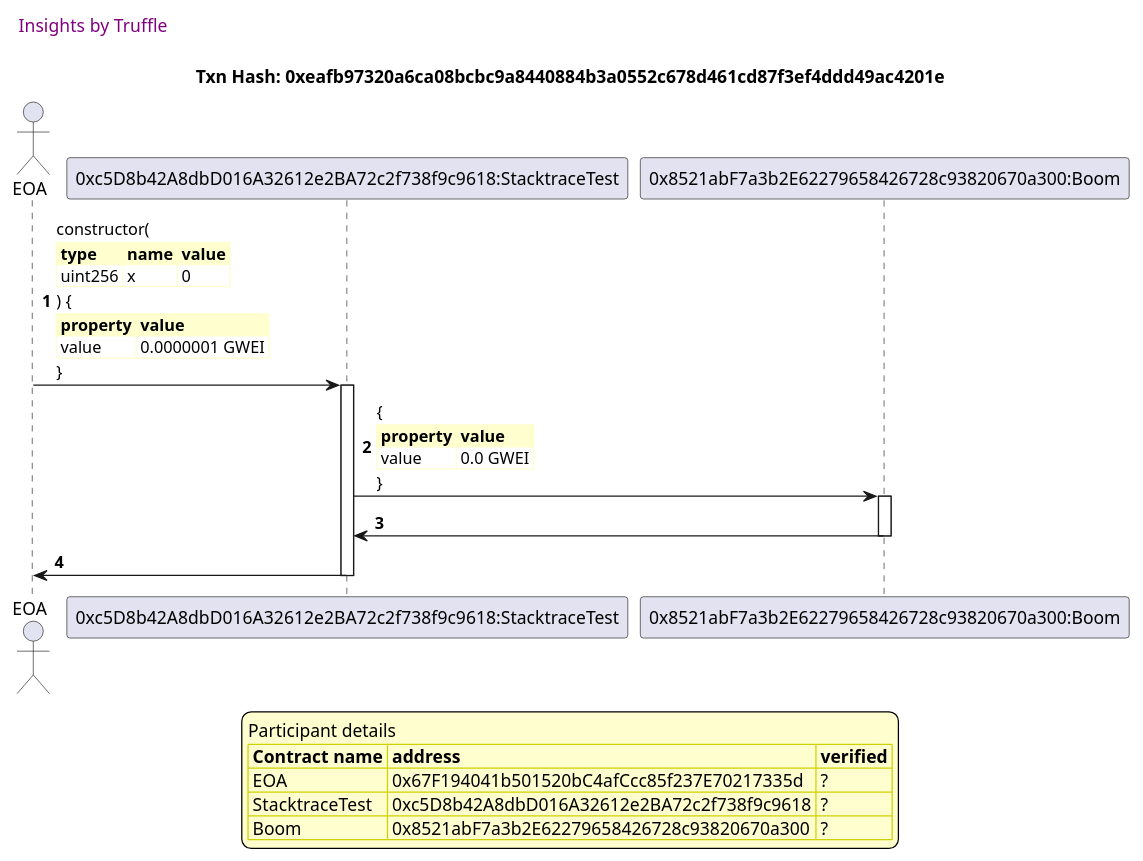
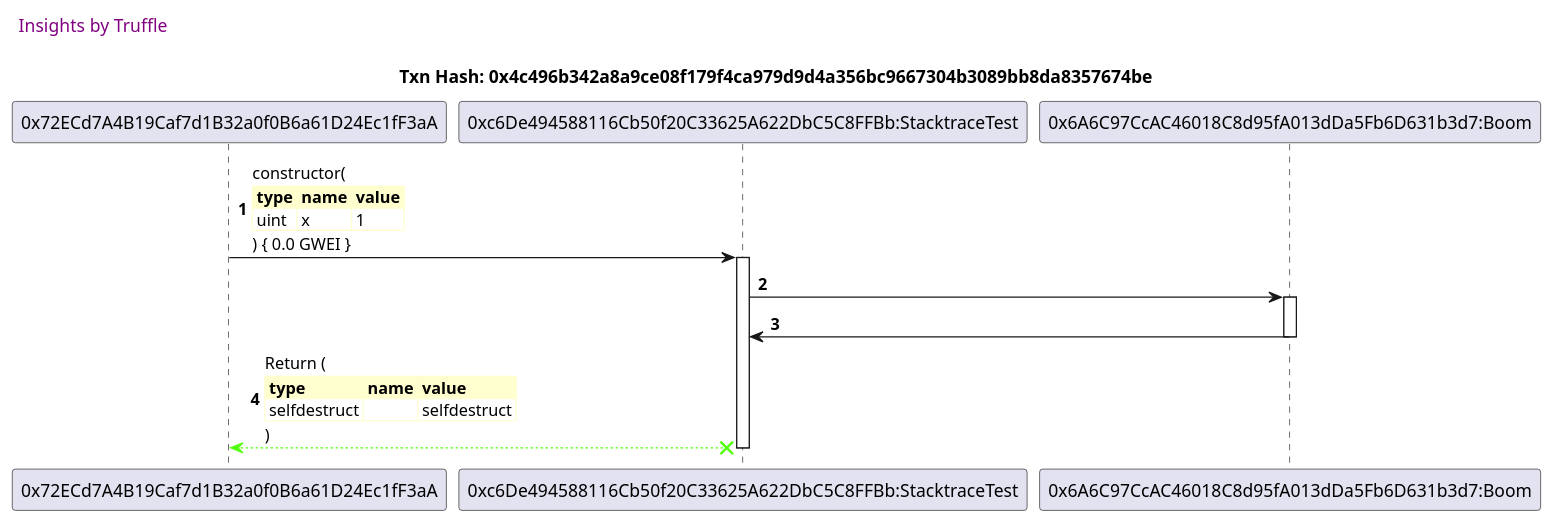
Before and after one commit to trufflesuite/txlog-seedlings: diagram 12 of 14 in truffle-seq/stacktrace.test.md, drawn with PlantUML. The commit also changed other lines of this file and 3 other files, not shown here.

````diff
--- a/truffle-seq/stacktrace.test.md
+++ b/truffle-seq/stacktrace.test.md
@@ -727,58 +569,35 @@
 ```plantuml
 
 
 @startuml
 
 autonumber
 skinparam legendBackgroundColor #FEFECE
 
 <style>
       header {
         HorizontalAlignment left
         FontColor purple
         FontSize 14
         Padding 10
       }
     </style>
 
 header Insights by Truffle
 
-title Txn Hash: 0xeafb97320a6ca08bcbc9a8440884b3a0552c678d461cd87f3ef4ddd49ac4201e
+title Txn Hash: 0x4c496b342a8a9ce08f179f4ca979d9d4a356bc9667304b3089bb8da8357674be
 
 
-actor EOA as "EOA"
-
-participant StacktraceTest as "0xc5D8b42A8dbD016A32612e2BA72c2f738f9c9618:StacktraceTest"
-
-participant Boom as "0x8521abF7a3b2E62279658426728c93820670a300:Boom"
-
-"EOA" -> "StacktraceTest" ++: constructor(\n\
+"0x72ECd7A4B19Caf7d1B32a0f0B6a61D24Ec1fF3aA" -> "0xc6De494588116Cb50f20C33625A622DbC5C8FFBb:StacktraceTest" ++: constructor(\n\
 <#FEFECE,#FEFECE>|= type |= name |= value |\n\
-| uint256 | x | 0 |\n\
-) {\n\
-<#FEFECE,#FEFECE>|= property |= value|\n\
-| value | 0.0000001 GWEI |\n\
-}
-
-"StacktraceTest" -> "Boom" ++: {\n\
-<#FEFECE,#FEFECE>|= property |= value|\n\
-| value | 0.0 GWEI |\n\
-}
-
-"Boom" -> "StacktraceTest" --: 
-
-"StacktraceTest" -> "EOA" --: 
-
-
-
-legend
-Participant details
-<#FEFECE,#D0D000>|= Contract name |= address |= verified |
-<#FEFECE>| EOA | 0x67F194041b501520bC4afCcc85f237E70217335d | ? |
-<#FEFECE>| StacktraceTest | 0xc5D8b42A8dbD016A32612e2BA72c2f738f9c9618 | ? |
-<#FEFECE>| Boom | 0x8521abF7a3b2E62279658426728c93820670a300 | ? |
-endlegend
-
+| uint | x | 1 |\n\
+) { 0.0 GWEI }
+"0xc6De494588116Cb50f20C33625A622DbC5C8FFBb:StacktraceTest" -> "0x6A6C97CcAC46018C8d95fA013dDa5Fb6D631b3d7:Boom" ++: 
+"0x6A6C97CcAC46018C8d95fA013dDa5Fb6D631b3d7:Boom" -> "0xc6De494588116Cb50f20C33625A622DbC5C8FFBb:StacktraceTest" --: 
+"0xc6De494588116Cb50f20C33625A622DbC5C8FFBb:StacktraceTest" x[#55ff11]--> "0x72ECd7A4B19Caf7d1B32a0f0B6a61D24Ec1fF3aA" --: Return (\n\
+<#FEFECE,#FEFECE>|= type |= name |= value |\n\
+| selfdestruct |  | selfdestruct |\n\
+)
 
 @enduml
 ```
````
